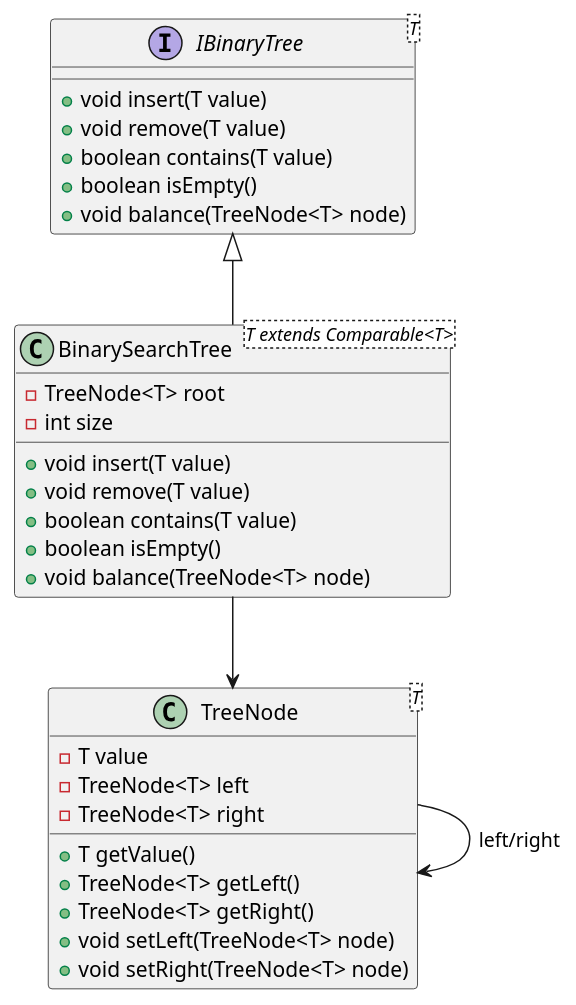
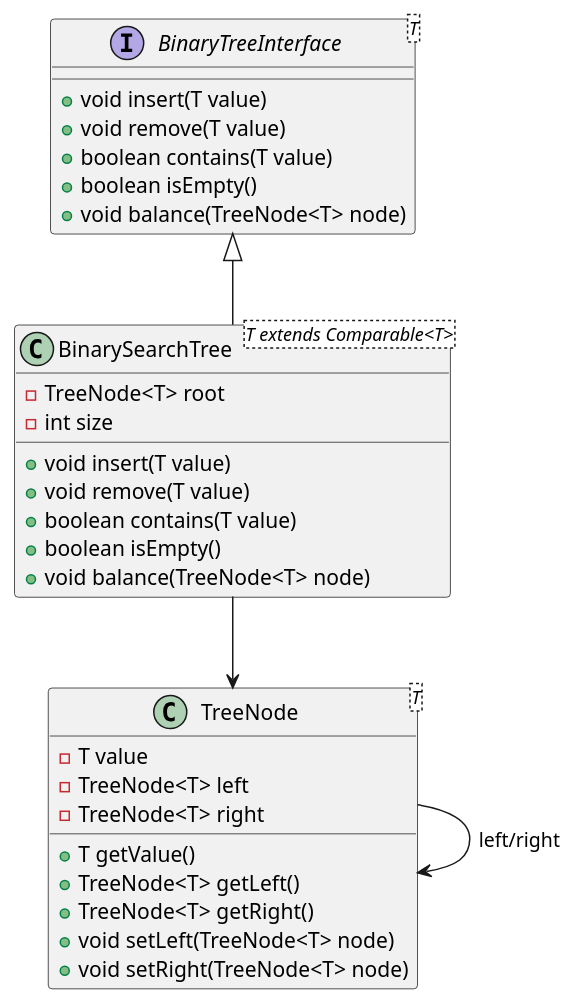
Before and after one commit to NoahEmmenegger/HSLU_AD_HS24: the diagram in src/main/java/ch/hslu/SW03/BinaryTree.plantuml, drawn with PlantUML. The commit also changed 4 other files, not shown here.

```diff
--- a/src/main/java/ch/hslu/SW03/BinaryTree.plantuml
+++ b/src/main/java/ch/hslu/SW03/BinaryTree.plantuml
@@ -1,37 +1,37 @@
 @startuml
-interface IBinaryTree<T> {
+interface BinaryTreeInterface<T> {
     +void insert(T value)
     +void remove(T value)
     +boolean contains(T value)
     +boolean isEmpty()
     +void balance(TreeNode<T> node)
 }
 
 class BinarySearchTree<T extends Comparable<T>> {
     -TreeNode<T> root
     -int size
     +void insert(T value)
     +void remove(T value)
     +boolean contains(T value)
     +boolean isEmpty()
     +void balance(TreeNode<T> node)
 }
 
 class TreeNode<T> {
     -T value
     -TreeNode<T> left
     -TreeNode<T> right
     +T getValue()
     +TreeNode<T> getLeft()
     +TreeNode<T> getRight()
     +void setLeft(TreeNode<T> node)
     +void setRight(TreeNode<T> node)
 }
 
 
 
-IBinaryTree <|-- BinarySearchTree
+BinaryTreeInterface <|-- BinarySearchTree
 BinarySearchTree --> TreeNode
 TreeNode --> TreeNode : left/right
 
 @enduml
```
